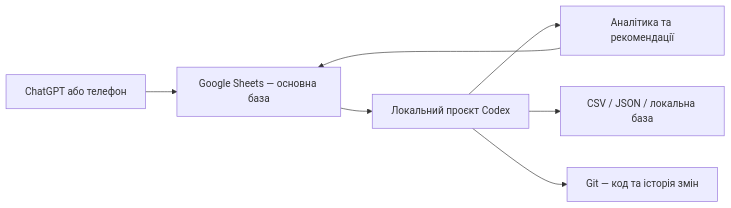
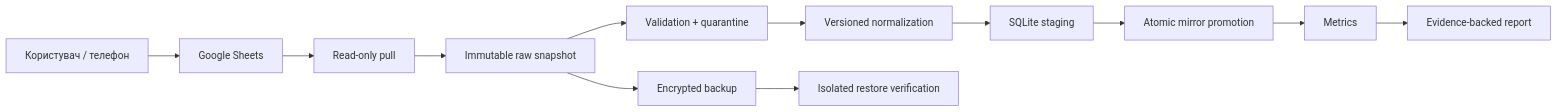
One commit to d1buts/gym changed the diagram in WORKOUT_TRACKER_ARCHITECTURE.md. Above: the diagram before and after it, drawn with Mermaid. The commit also changed other lines of this file and 44 other files, not shown here.

Commit message:
docs: establish workout tracker architecture and GSD plan

````diff
--- a/WORKOUT_TRACKER_ARCHITECTURE.md
+++ b/WORKOUT_TRACKER_ARCHITECTURE.md
@@ -24,9 +76,14 @@
 ```mermaid
 flowchart LR
-    A["ChatGPT або телефон"] --> B["Google Sheets — основна база"]
-    B --> C["Локальний проєкт Codex"]
-    C --> D["Аналітика та рекомендації"]
-    C --> E["CSV / JSON / локальна база"]
-    C --> F["Git — код та історія змін"]
-    D --> B
+    U["Користувач / телефон"] --> G["Google Sheets"]
+    G --> P["Read-only pull"]
+    P --> R["Immutable raw snapshot"]
+    R --> V["Validation + quarantine"]
+    V --> N["Versioned normalization"]
+    N --> S["SQLite staging"]
+    S --> M["Atomic mirror promotion"]
+    M --> A["Metrics"]
+    A --> O["Evidence-backed report"]
+    R --> B["Encrypted backup"]
+    B --> X["Isolated restore verification"]
 ```
````
